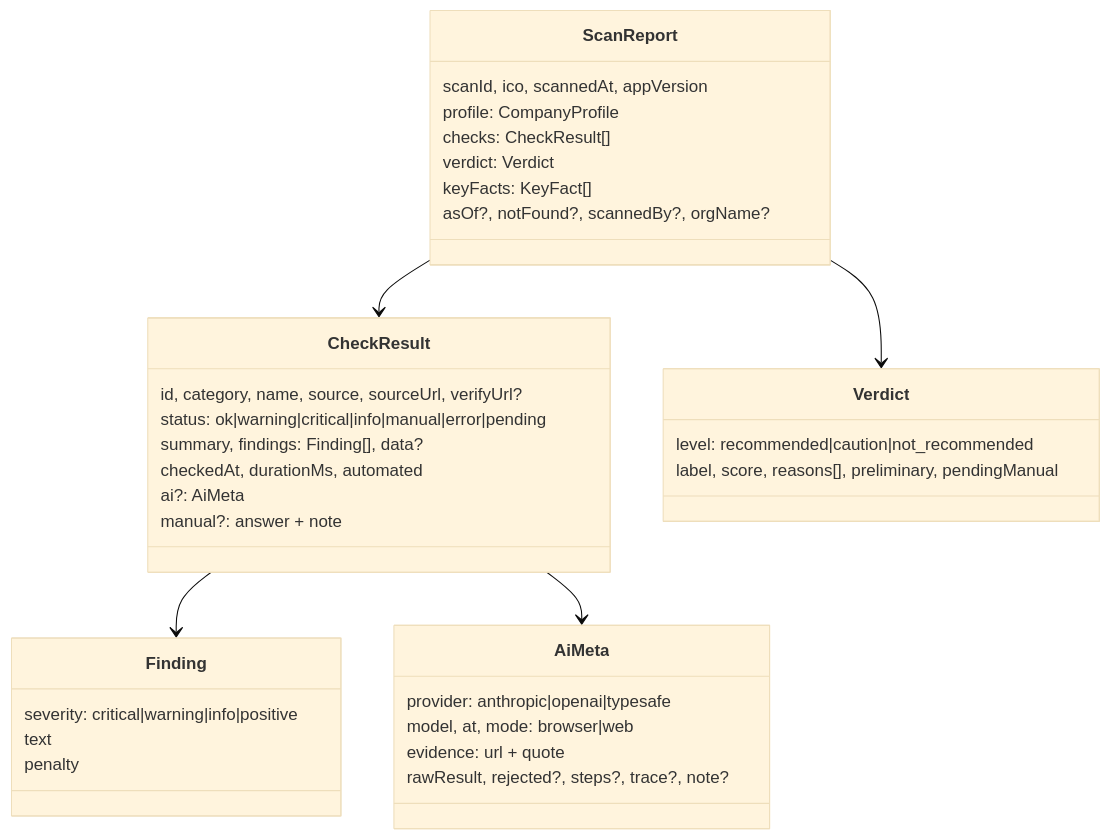
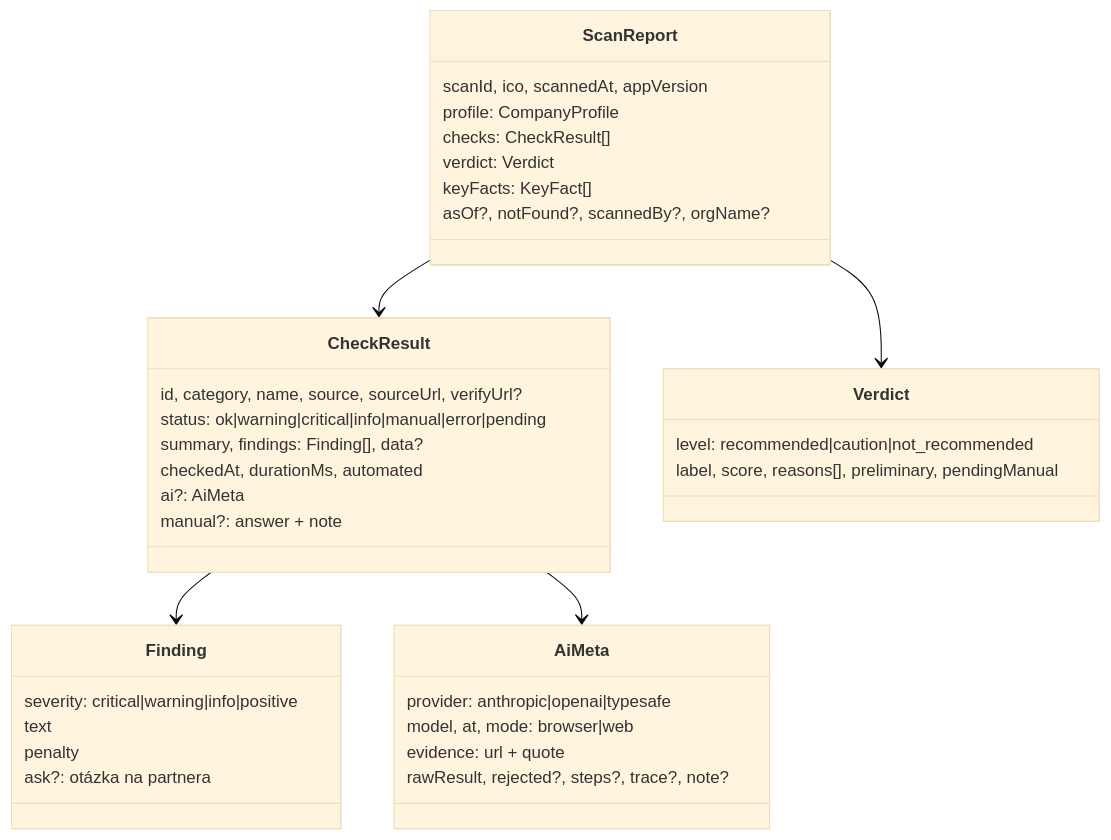
The fifth of 7 diagrams in overenie-ico/docs/ARCHITEKTURA.md (anty11/eM), drawn with Mermaid (base theme) before and after one commit. The commit also changed other lines of this file and 10 other files, not shown here.

First line of the commit message:
RÚZ: chýbajúca závierka za minulý rok −15, odporúčaná otázka na partnera a dôvod do protokolu (v2.9.4)

````diff
--- a/overenie-ico/docs/ARCHITEKTURA.md
+++ b/overenie-ico/docs/ARCHITEKTURA.md
@@ -220,38 +221,39 @@
 ```mermaid
 classDiagram
   class ScanReport {
     scanId, ico, scannedAt, appVersion
     profile: CompanyProfile
     checks: CheckResult[]
     verdict: Verdict
     keyFacts: KeyFact[]
     asOf?, notFound?, scannedBy?, orgName?
   }
   class CheckResult {
     id, category, name, source, sourceUrl, verifyUrl?
     status: ok|warning|critical|info|manual|error|pending
     summary, findings: Finding[], data?
     checkedAt, durationMs, automated
     ai?: AiMeta
     manual?: answer + note
   }
   class Finding {
     severity: critical|warning|info|positive
     text
     penalty
+    ask?: otázka na partnera
   }
   class AiMeta {
     provider: anthropic|openai|typesafe
     model, at, mode: browser|web
     evidence: url + quote
     rawResult, rejected?, steps?, trace?, note?
   }
   class Verdict {
     level: recommended|caution|not_recommended
     label, score, reasons[], preliminary, pendingManual
   }
   ScanReport --> CheckResult
   ScanReport --> Verdict
   CheckResult --> Finding
   CheckResult --> AiMeta
 ```
````
